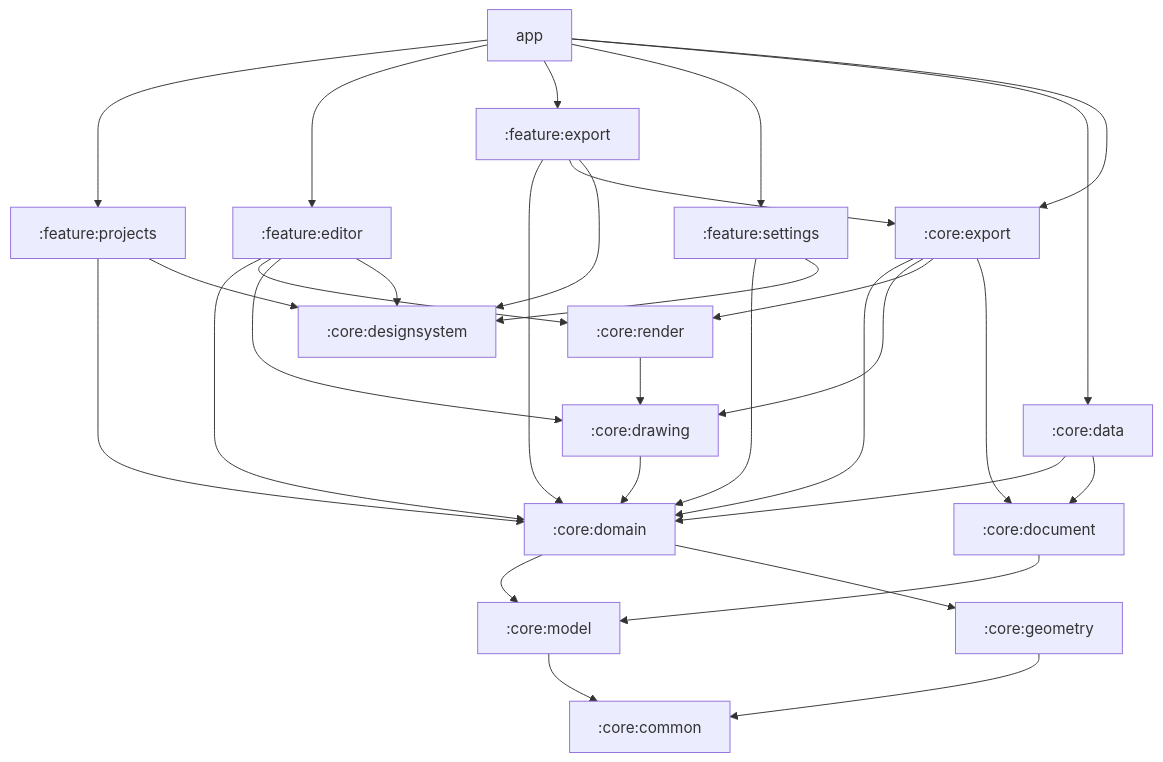
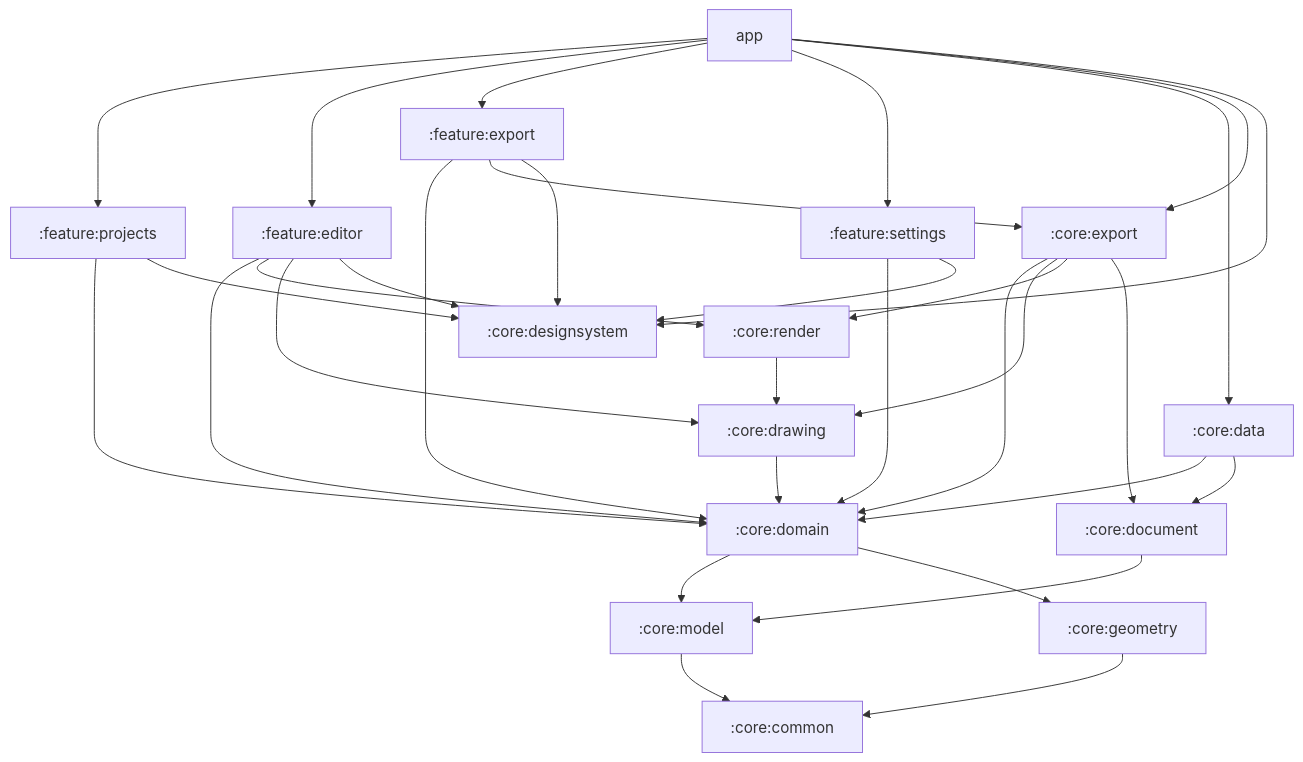
One commit to anton-314/PlanSnap changed the first of 3 diagrams in docs/ARCHITECTURE.md. Above: the diagram before and after it, drawn with Mermaid. The commit also changed other lines of this file and 13 other files, not shown here.

````diff
--- a/docs/ARCHITECTURE.md
+++ b/docs/ARCHITECTURE.md
@@ -11,33 +11,34 @@
 ```mermaid
 graph TD
   app --> fprojects[":feature:projects"]
   app --> feditor[":feature:editor"]
   app --> fexport[":feature:export"]
   app --> fsettings[":feature:settings"]
   app --> data[":core:data"]
   app --> export[":core:export"]
+  app --> ds[":core:designsystem"]
   fprojects --> domain[":core:domain"]
   feditor --> domain
   feditor --> render[":core:render"]
   feditor --> drawing[":core:drawing"]
   fexport --> domain
   fexport --> export
   fsettings --> domain
   fprojects --> ds[":core:designsystem"]
   feditor --> ds
   fexport --> ds
   fsettings --> ds
   data --> domain
   data --> document[":core:document"]
   export --> domain
   export --> drawing
   export --> render
   export --> document
   render --> drawing
   drawing --> domain
   document --> model[":core:model"]
   domain --> model
   domain --> geometry[":core:geometry"]
   model --> common[":core:common"]
   geometry --> common
 ```
````
